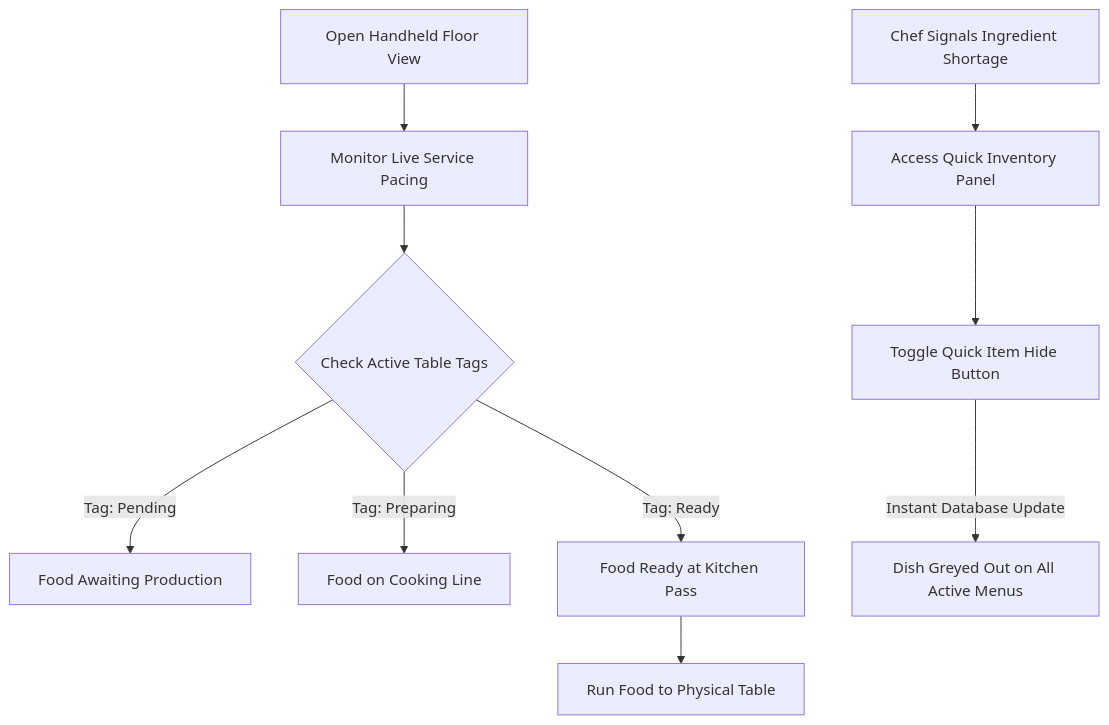
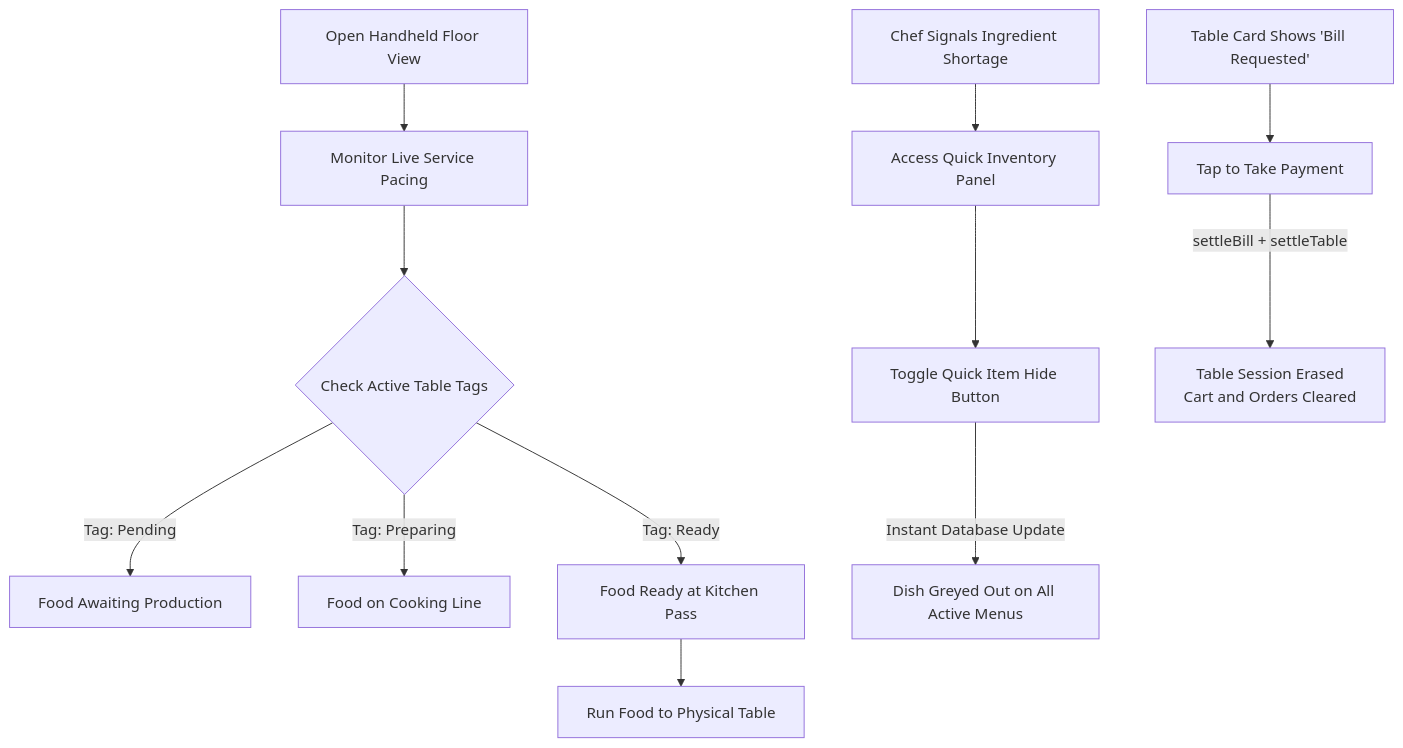
One commit to kriti-on-git/AeyChhotu changed the third of 3 diagrams in docs/3-user-workflow.md. Above: the diagram before and after it, drawn with Mermaid. The commit also changed other lines of this file and 4 other files, not shown here.

````diff
--- a/docs/3-user-workflow.md
+++ b/docs/3-user-workflow.md
@@ -42,13 +47,15 @@
 ```mermaid
 graph TD
     A[Open Handheld Floor View] --> B[Monitor Live Service Pacing]
     B --> C{Check Active Table Tags}
     C -->|Tag: Pending| D[Food Awaiting Production]
     C -->|Tag: Preparing| E[Food on Cooking Line]
     C -->|Tag: Ready| F[Food Ready at Kitchen Pass]
     F --> G[Run Food to Physical Table]
     H[Chef Signals Ingredient Shortage] --> I[Access Quick Inventory Panel]
     I --> J[Toggle Quick Item Hide Button]
     J -->|Instant Database Update| K[Dish Greyed Out on All Active Menus]
+    L[Table Card Shows 'Bill Requested'] --> M[Tap to Take Payment]
+    M -->|settleBill + settleTable| N[Table Session Erased<br/>Cart and Orders Cleared]
 
 ```
````
